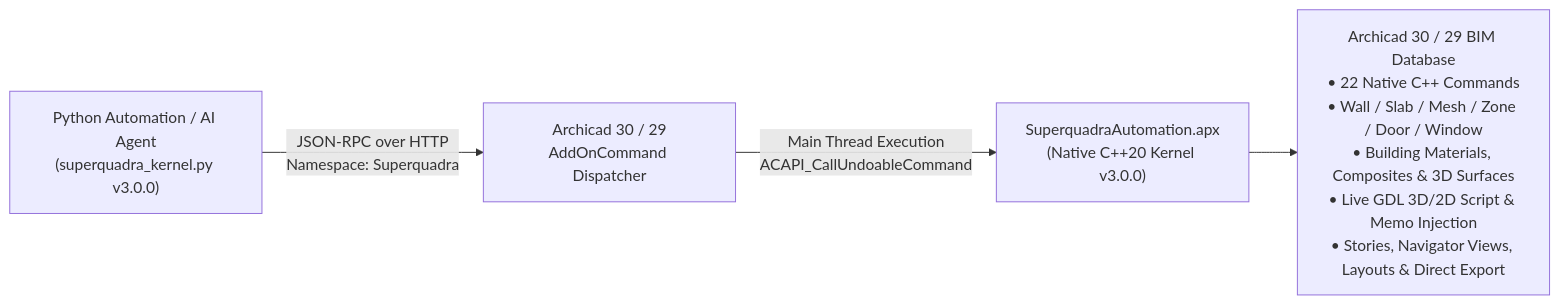
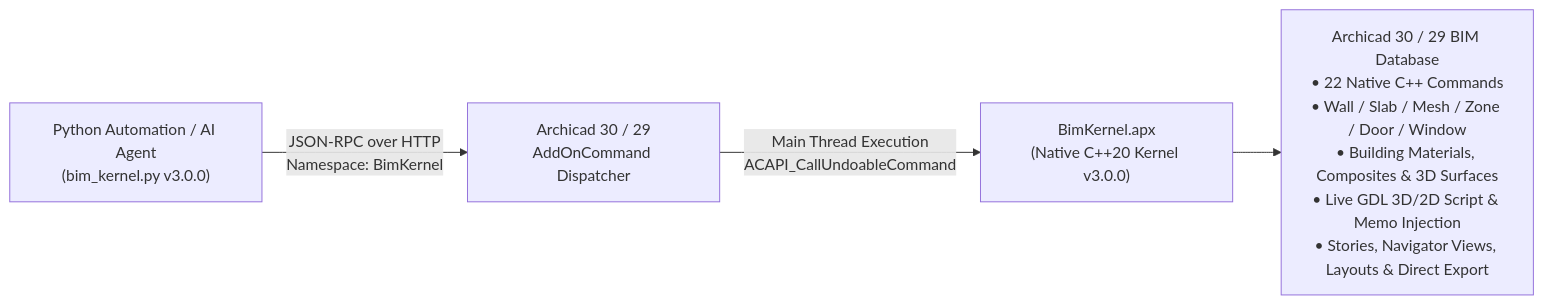
One commit to yan-fab/bim-kernel changed the diagram in README.md. Above: the diagram before and after it, drawn with Mermaid. The commit also changed other lines of this file and 12 other files, not shown here.

Commit message:
refactor(kernel): rename plugin and namespace to BimKernel (BimKernel.apx v3.0.0)

````diff
--- a/README.md
+++ b/README.md
@@ -32,6 +33,6 @@
 ```mermaid
 flowchart LR
-    Py["Python Automation / AI Agent<br/>(superquadra_kernel.py v3.0.0)"] -->|"JSON-RPC over HTTP<br/>Namespace: Superquadra"| Bridge["Archicad 30 / 29<br/>AddOnCommand Dispatcher"]
-    Bridge -->|"Main Thread Execution<br/>ACAPI_CallUndoableCommand"| Kernel["SuperquadraAutomation.apx<br/>(Native C++20 Kernel v3.0.0)"]
+    Py["Python Automation / AI Agent<br/>(bim_kernel.py v3.0.0)"] -->|"JSON-RPC over HTTP<br/>Namespace: BimKernel"| Bridge["Archicad 30 / 29<br/>AddOnCommand Dispatcher"]
+    Bridge -->|"Main Thread Execution<br/>ACAPI_CallUndoableCommand"| Kernel["BimKernel.apx<br/>(Native C++20 Kernel v3.0.0)"]
     Kernel --> DB["Archicad 30 / 29 BIM Database<br/>• 22 Native C++ Commands<br/>• Wall / Slab / Mesh / Zone / Door / Window<br/>• Building Materials, Composites & 3D Surfaces<br/>• Live GDL 3D/2D Script & Memo Injection<br/>• Stories, Navigator Views, Layouts & Direct Export"]
 ```
````
